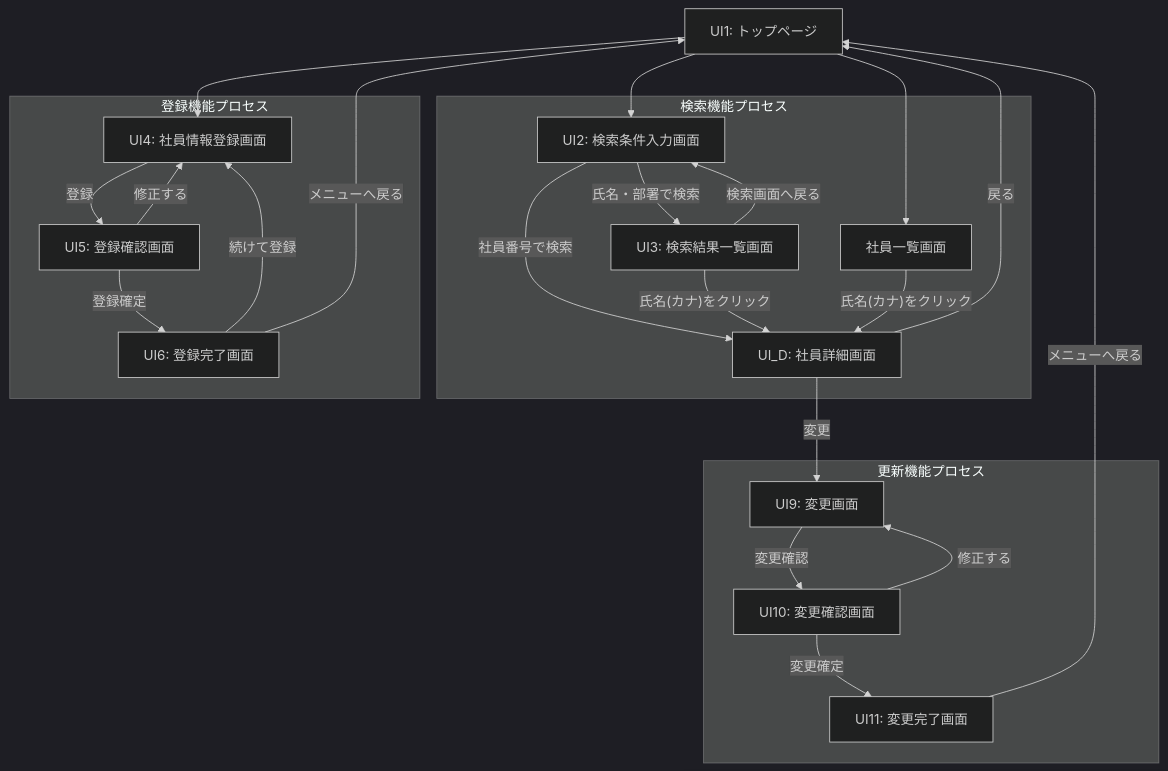
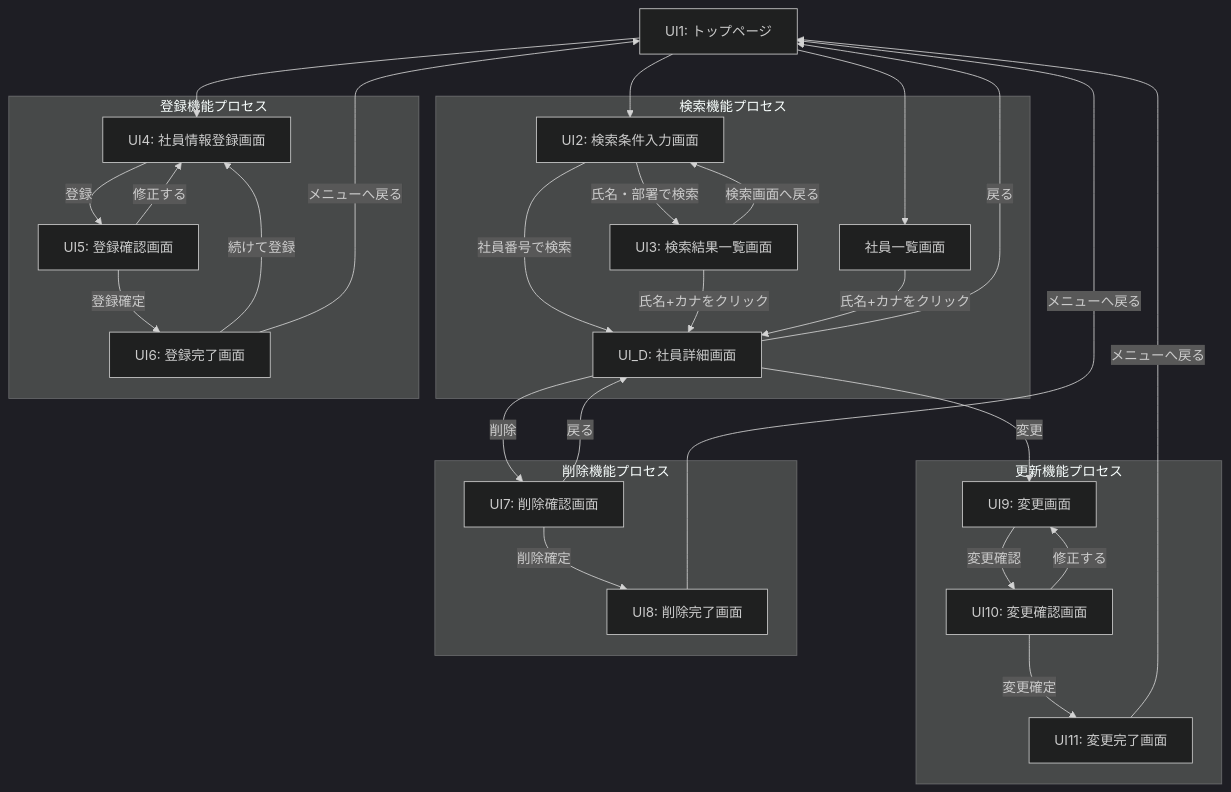
One commit to juyeongjung1/NewEIMS changed the first of 4 diagrams in EIMS_Comprehensive_Exercise_Guide.md. Above: the diagram before and after it, drawn with Mermaid (dark theme). The commit also changed other lines of this file, not shown here.

Commit message:
削除機能（1.4）の仕様追加、画面遷移図の氏名+カナ表記修正、DBレイアウトのKey列を日本語化

````diff
--- a/EIMS_Comprehensive_Exercise_Guide.md
+++ b/EIMS_Comprehensive_Exercise_Guide.md
@@ -268,32 +291,39 @@
 ```mermaid
 flowchart TD
     UI1[UI1: トップページ] --> UI2[UI2: 検索条件入力画面]
     UI1 --> UI_L[社員一覧画面]
     UI1 --> UI4[UI4: 社員情報登録画面]
     
     subgraph 検索機能プロセス
         UI2 -- "社員番号で検索" --> UI_D[UI_D: 社員詳細画面]
         UI2 -- "氏名・部署で検索" --> UI3[UI3: 検索結果一覧画面]
-        UI3 -- "氏名(カナ)をクリック" --> UI_D
-        UI_L -- "氏名(カナ)をクリック" --> UI_D
+        UI3 -- "氏名+カナをクリック" --> UI_D
+        UI_L -- "氏名+カナをクリック" --> UI_D
     end
     
     subgraph 登録機能プロセス
         UI4 -- "登録" --> UI5[UI5: 登録確認画面]
         UI5 -- "登録確定" --> UI6[UI6: 登録完了画面]
         UI5 -- "修正する" --> UI4
         UI6 -- "続けて登録" --> UI4
     end
     
     subgraph 更新機能プロセス
         UI_D -- "変更" --> UI9[UI9: 変更画面]
         UI9 -- "変更確認" --> UI10[UI10: 変更確認画面]
         UI10 -- "変更確定" --> UI11[UI11: 変更完了画面]
         UI10 -- "修正する" --> UI9
     end
     
+    subgraph 削除機能プロセス
+        UI_D -- "削除" --> UI7[UI7: 削除確認画面]
+        UI7 -- "削除確定" --> UI8[UI8: 削除完了画面]
+        UI7 -- "戻る" --> UI_D
+    end
+    
     UI_D -->|戻る| UI1
     UI3 -->|検索画面へ戻る| UI2
     UI6 -->|メニューへ戻る| UI1
     UI11 -->|メニューへ戻る| UI1
+    UI8 -->|メニューへ戻る| UI1
 ```
````
